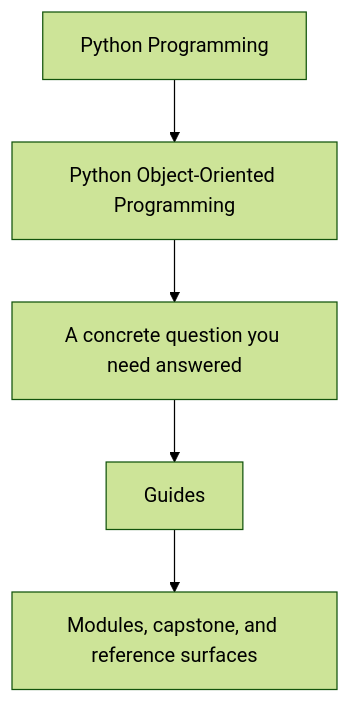
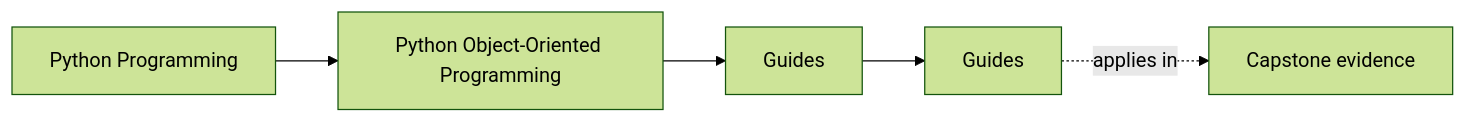
Before and after one commit to bijux/bijux-masterclass: the first of 2 diagrams in programs/python-programming/python-object-oriented-programming/course-book/guides/index.md, drawn with Mermaid (forest theme). The commit also changed other lines of this file and 65 other files, not shown here.

Commit message:
docs(python-object-oriented-programming): map object model and design foundations

````diff
--- a/programs/python-programming/python-object-oriented-programming/course-book/guides/index.md
+++ b/programs/python-programming/python-object-oriented-programming/course-book/guides/index.md
@@ -7,7 +7,11 @@
 ```mermaid
-flowchart TD
-  family["Python Programming"] --> program["Python Object-Oriented Programming"]
-  program --> pressure["A concrete question you need answered"]
-  pressure --> guide["Guides"]
-  guide --> next["Modules, capstone, and reference surfaces"]
+graph LR
+  family["Python Programming"]
+  program["Python Object-Oriented Programming"]
+  section["Guides"]
+  page["Guides"]
+  capstone["Capstone evidence"]
+
+  family --> program --> section --> page
+  page -.applies in.-> capstone
 ```
````
